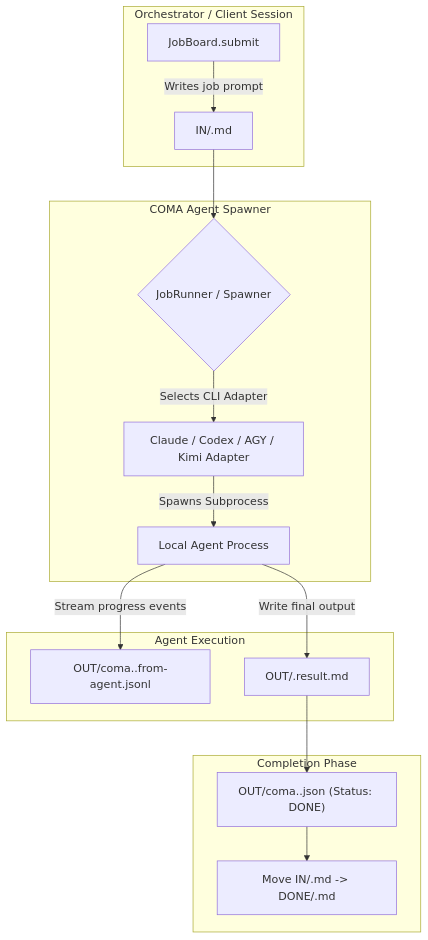
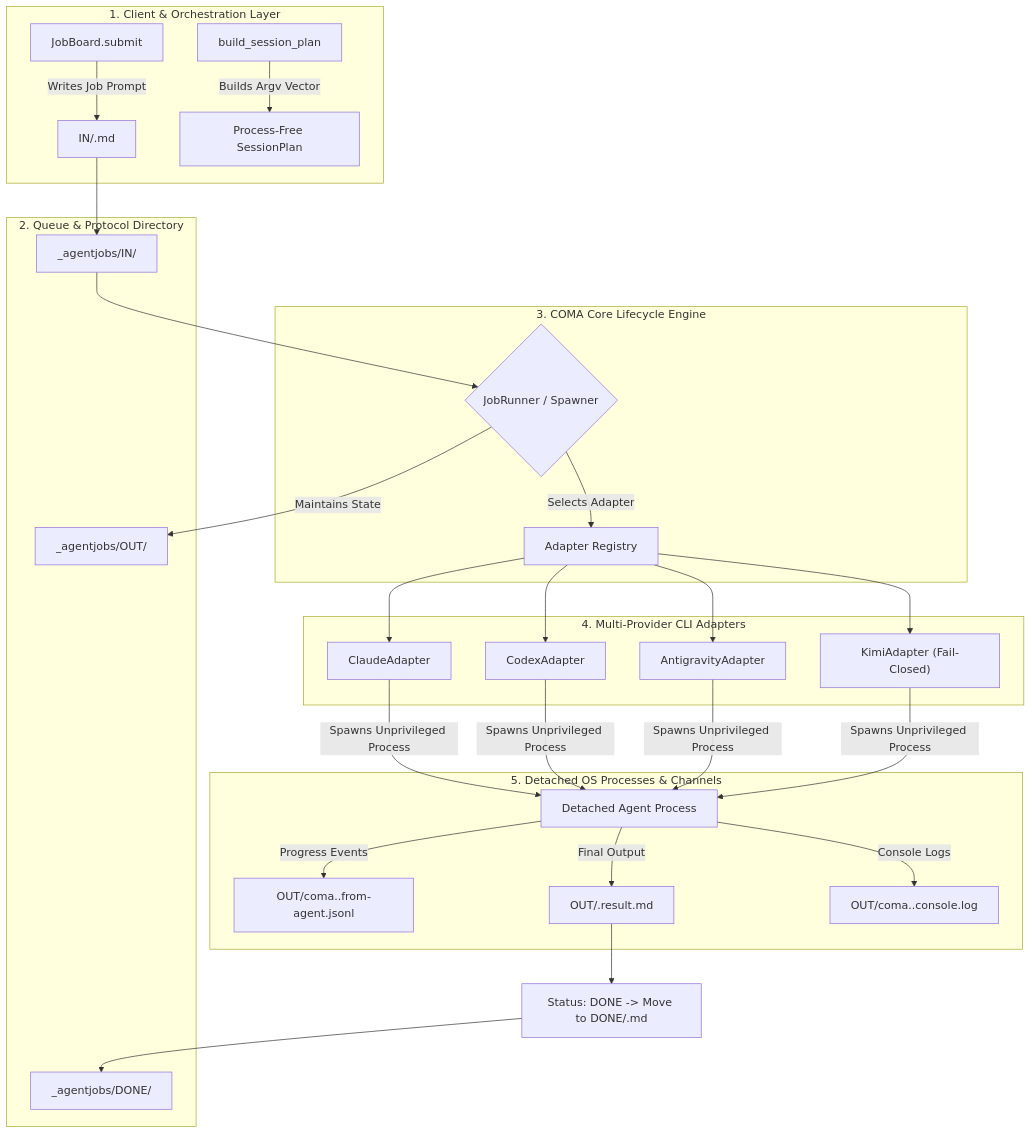
The first of 2 diagrams in README.md (ellmos-ai/coma), drawn with Mermaid before and after one commit. The commit also changed other lines of this file and 9 other files, not shown here.

````diff
--- a/README.md
+++ b/README.md
@@ -107,22 +293,36 @@
 ```mermaid
 flowchart TD
-    subgraph Client ["Orchestrator / Client Session"]
-        A["JobBoard.submit"] -->|"Writes job prompt"| B["IN/<jobid>.md"]
+    subgraph Layer1 ["1. Client & Orchestration Layer"]
+        A1["JobBoard.submit"] -->|"Writes Job Prompt"| B1["IN/<jobid>.md"]
+        A2["build_session_plan"] -->|"Builds Argv Vector"| B2["Process-Free SessionPlan"]
     end
 
-    subgraph COMA ["COMA Agent Spawner"]
-        B --> C{"JobRunner / Spawner"}
-        C -->|"Selects CLI Adapter"| D["Claude / Codex / AGY / Kimi Adapter"]
-        D -->|"Spawns Subprocess"| E["Local Agent Process"]
+    subgraph Layer2 ["2. Queue & Protocol Directory"]
+        B1 --> C1["_agentjobs/IN/"]
+        C2["_agentjobs/OUT/"]
+        C3["_agentjobs/DONE/"]
     end
 
-    subgraph Agent ["Agent Execution"]
-        E -->|"Stream progress events"| F["OUT/coma.<jobid>.from-agent.jsonl"]
-        E -->|"Write final output"| G["OUT/<jobid>.result.md"]
+    subgraph Layer3 ["3. COMA Core Lifecycle Engine"]
+        C1 --> D1{"JobRunner / Spawner"}
+        D1 -->|"Selects Adapter"| D2["Adapter Registry"]
+        D1 -->|"Maintains State"| C2
     end
 
-    subgraph Completion ["Completion Phase"]
-        G --> H["OUT/coma.<jobid>.json (Status: DONE)"]
-        H --> I["Move IN/<jobid>.md -> DONE/<jobid>.md"]
+    subgraph Layer4 ["4. Multi-Provider CLI Adapters"]
+        D2 --> E1["ClaudeAdapter"]
+        D2 --> E2["CodexAdapter"]
+        D2 --> E3["AntigravityAdapter"]
+        D2 --> E4["KimiAdapter (Fail-Closed)"]
     end
+
+    subgraph Layer5 ["5. Detached OS Processes & Channels"]
+        E1 & E2 & E3 & E4 -->|"Spawns Unprivileged Process"| F1["Detached Agent Process"]
+        F1 -->|"Progress Events"| G1["OUT/coma.<jobid>.from-agent.jsonl"]
+        F1 -->|"Final Output"| G2["OUT/<jobid>.result.md"]
+        F1 -->|"Console Logs"| G3["OUT/coma.<jobid>.console.log"]
+    end
+
+    G2 --> H1["Status: DONE -> Move to DONE/<jobid>.md"]
+    H1 --> C3
 ```
````
